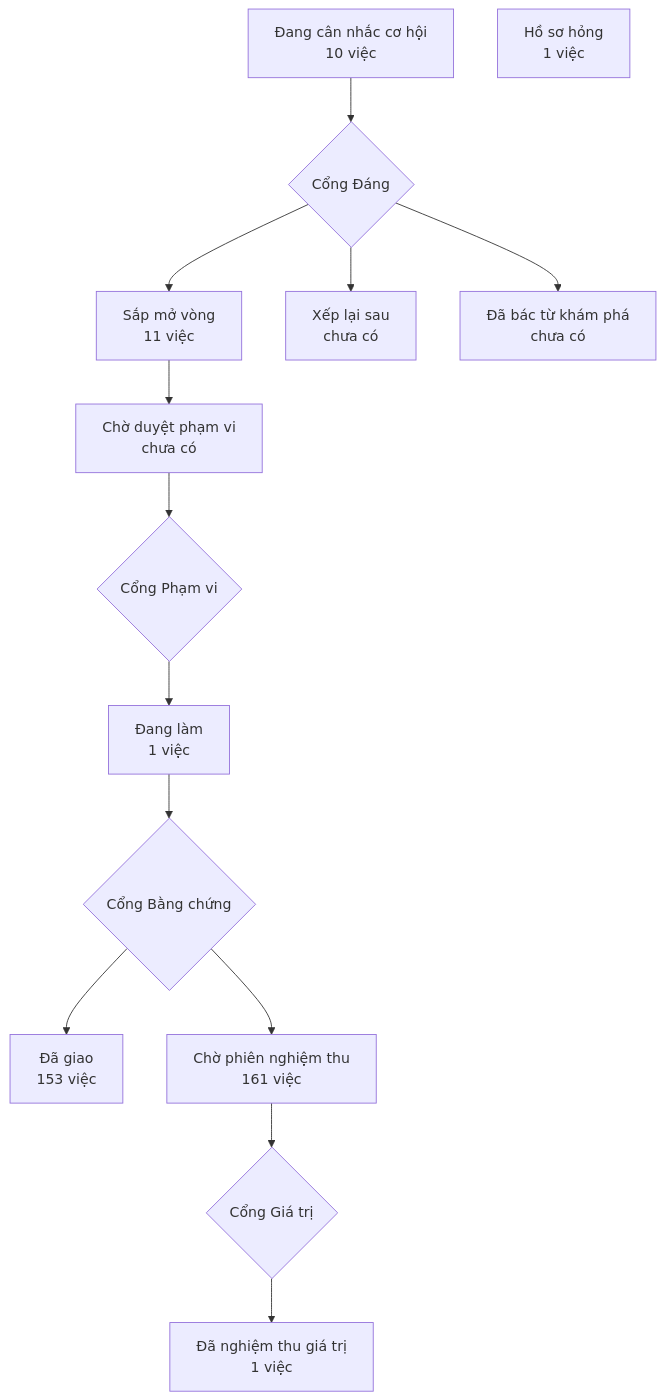
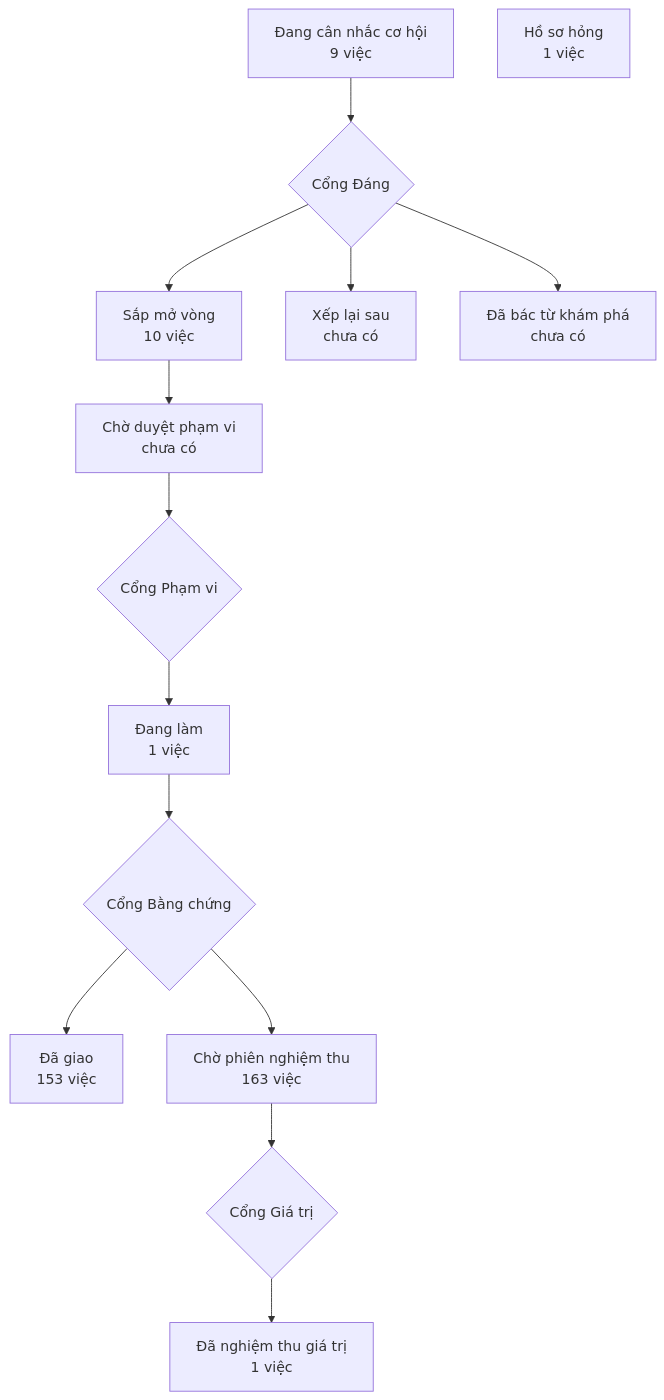
The diagram in PRODUCT-MAP.md (phanlemanh/crm-onehub), drawn with Mermaid before and after one commit. The commit also changed 1 other file, not shown here.

Commit message:
docs(loc-don-vi-khong-tu-dong): vẽ lại bản đồ sau gộp onehub (#518)

````diff
--- a/PRODUCT-MAP.md
+++ b/PRODUCT-MAP.md
@@ -7,13 +7,13 @@
 ```mermaid
 flowchart TD
-  A["Đang cân nhắc cơ hội<br/>10 việc"] --> GD{"Cổng Đáng"}
-  GD --> B["Sắp mở vòng<br/>11 việc"]
+  A["Đang cân nhắc cơ hội<br/>9 việc"] --> GD{"Cổng Đáng"}
+  GD --> B["Sắp mở vòng<br/>10 việc"]
   GD --> XL["Xếp lại sau<br/>chưa có"]
   GD --> DB["Đã bác từ khám phá<br/>chưa có"]
   B --> CD["Chờ duyệt phạm vi<br/>chưa có"] --> GP{"Cổng Phạm vi"}
   GP --> DL["Đang làm<br/>1 việc"] --> GB{"Cổng Bằng chứng"}
   GB --> DG["Đã giao<br/>153 việc"]
-  GB --> CN["Chờ phiên nghiệm thu<br/>161 việc"] --> GG{"Cổng Giá trị"}
+  GB --> CN["Chờ phiên nghiệm thu<br/>163 việc"] --> GG{"Cổng Giá trị"}
   GG --> NT["Đã nghiệm thu giá trị<br/>1 việc"]
   HS["Hồ sơ hỏng<br/>1 việc"]
 ```
````
